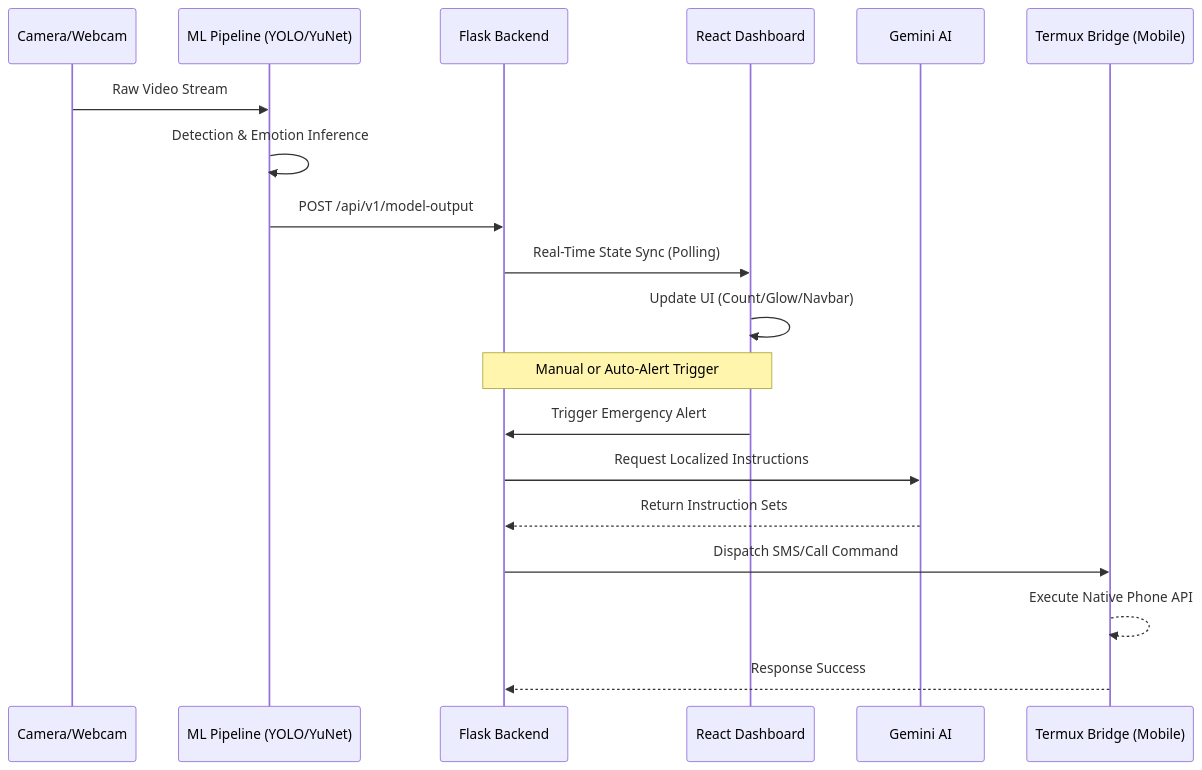
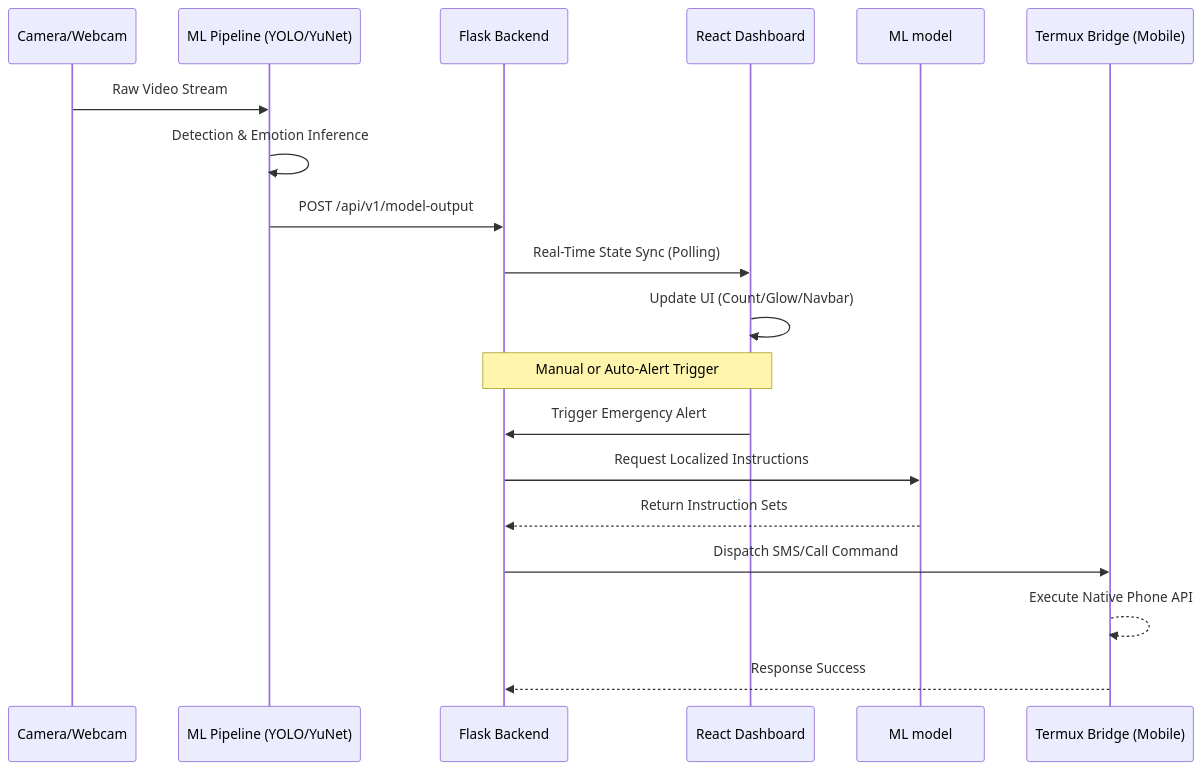
One commit to NMOLE08/CrowdManagement changed the diagram in architecture.md. Above: the diagram before and after it, drawn with Mermaid.

Commit message:
Rename participant 'Gemini AI' to 'ML model'

````diff
--- a/architecture.md
+++ b/architecture.md
@@ -11,24 +11,24 @@
 ```mermaid
 sequenceDiagram
     participant C as Camera/Webcam
     participant ML as ML Pipeline (YOLO/YuNet)
     participant B as Flask Backend
     participant D as React Dashboard
-    participant G as Gemini AI
+    participant G as ML model
     participant T as Termux Bridge (Mobile)
 
     C->>ML: Raw Video Stream
     ML->>ML: Detection & Emotion Inference
     ML->>B: POST /api/v1/model-output
     B->>D: Real-Time State Sync (Polling)
     D->>D: Update UI (Count/Glow/Navbar)
     
     Note over D, B: Manual or Auto-Alert Trigger
     
     D->>B: Trigger Emergency Alert
     B->>G: Request Localized Instructions
     G-->>B: Return Instruction Sets
     B->>T: Dispatch SMS/Call Command
     T-->>T: Execute Native Phone API
     T-->>B: Response Success
 ```
````
